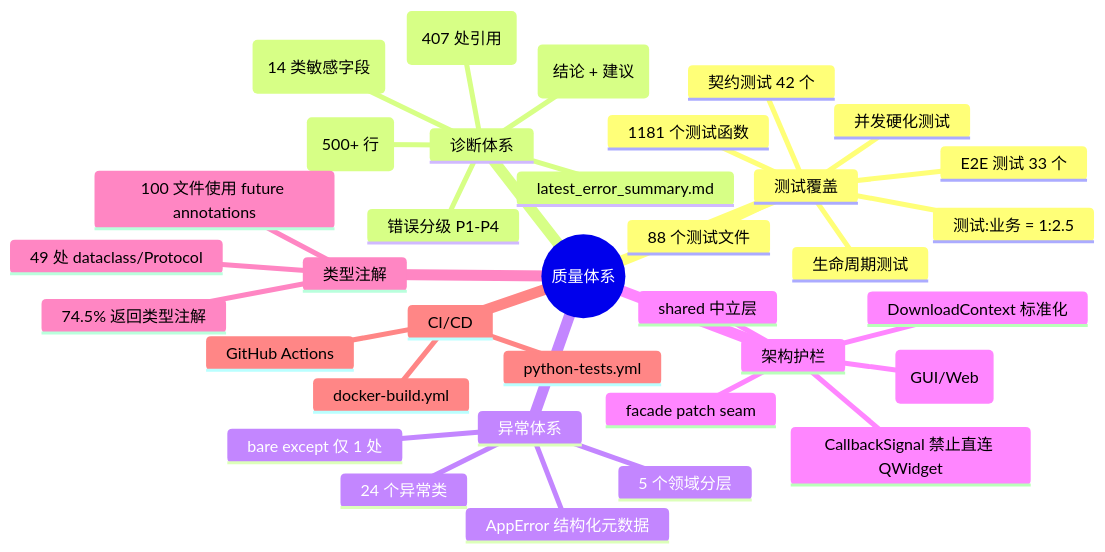
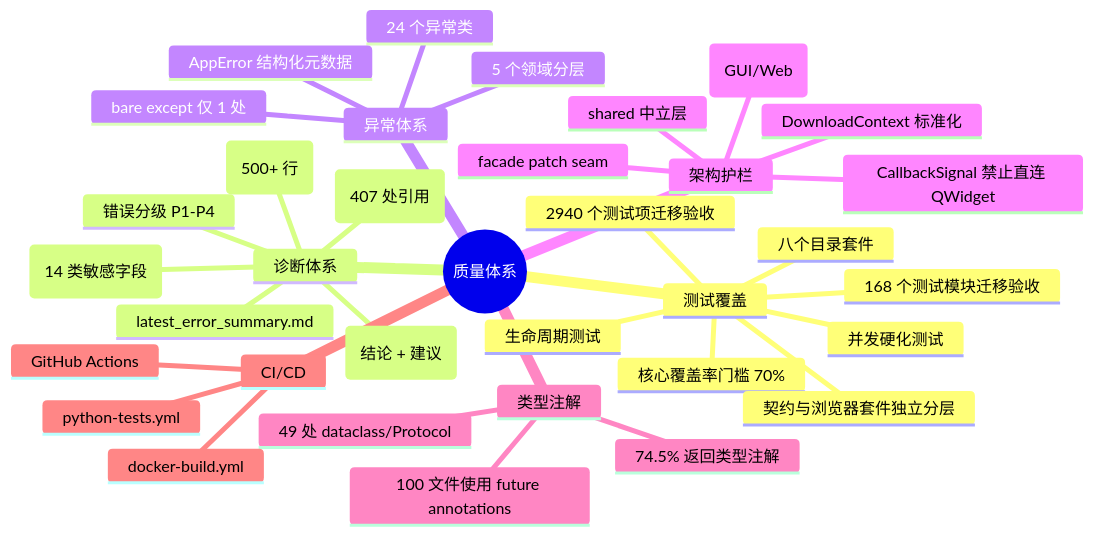
One commit to haohaizi554/UniversalCrawler changed the fourth of 6 diagrams in mermaid/09-testing-and-quality.md. Above: the diagram before and after it, drawn with Mermaid. The commit also changed other lines of this file and 274 other files, not shown here.

````diff
--- a/mermaid/09-testing-and-quality.md
+++ b/mermaid/09-testing-and-quality.md
@@ -110,38 +75,38 @@
 ```mermaid
 mindmap
   root((质量体系))
     测试覆盖
-      1181 个测试函数
-      88 个测试文件
-      测试:业务 = 1:2.5
-      契约测试 42 个
-      E2E 测试 33 个
+      2940 个测试项迁移验收
+      168 个测试模块迁移验收
+      八个目录套件
+      核心覆盖率门槛 70%
+      契约与浏览器套件独立分层
       并发硬化测试
       生命周期测试
     诊断体系
       DebugLogger (500+ 行)
       PII 脱敏 (14 类敏感字段)
       trace_id 全链路 (407 处引用)
       错误自诊断 (结论 + 建议)
       latest_error_summary.md
       错误分级 P1-P4
     异常体系
       24 个异常类
       5 个领域分层
       bare except 仅 1 处
       AppError 结构化元数据
     架构护栏
       shared 中立层
       facade patch seam
       组合根 (GUI/Web)
       DownloadContext 标准化
       CallbackSignal 禁止直连 QWidget
     类型注解
       74.5% 返回类型注解
       100 文件使用 future annotations
       49 处 dataclass/Protocol
     CI/CD
       GitHub Actions
       python-tests.yml
       docker-build.yml
 ```
````
